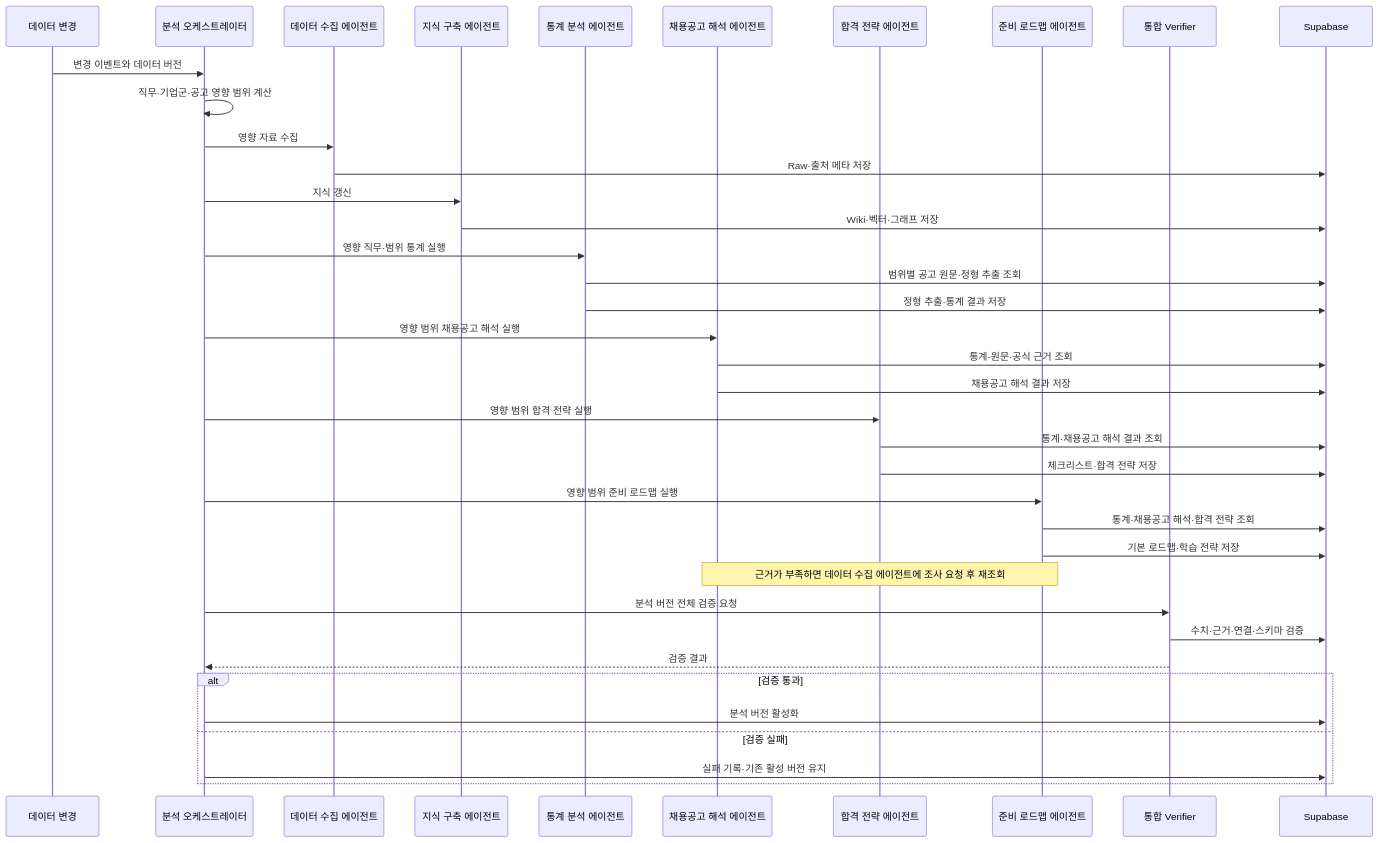
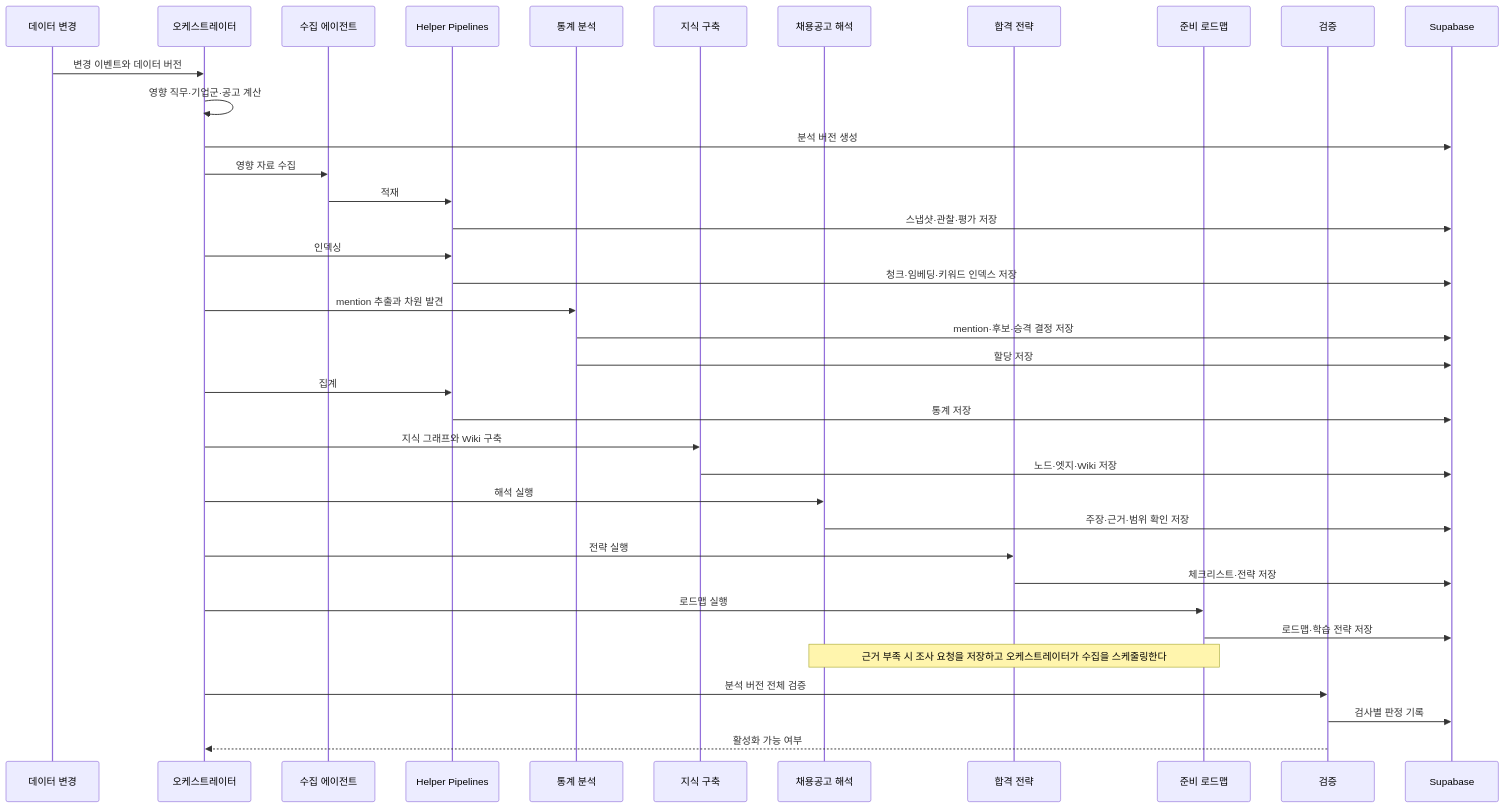
One commit to Mureung1/hub-showcase changed the second of 5 diagrams in docs/architecture.md. Above: the diagram before and after it, drawn with Mermaid. The commit also changed other lines of this file and 16 other files, not shown here.

Commit message:
docs: define knowledge schema, statistics model, and execution layers

````diff
--- a/docs/architecture.md
+++ b/docs/architecture.md
@@ -137,41 +228,40 @@
 ```mermaid
 sequenceDiagram
     participant Source as 데이터 변경
-    participant Orchestrator as 분석 오케스트레이터
-    participant Collector as 데이터 수집 에이전트
-    participant Knowledge as 지식 구축 에이전트
-    participant Statistics as 통계 분석 에이전트
-    participant Interpretation as 채용공고 해석 에이전트
-    participant Strategy as 합격 전략 에이전트
-    participant Roadmap as 준비 로드맵 에이전트
-    participant Verifier as 통합 Verifier
+    participant Orch as 오케스트레이터
+    participant Collector as 수집 에이전트
+    participant Pipe as Helper Pipelines
+    participant Stat as 통계 분석
+    participant Know as 지식 구축
+    participant Inter as 채용공고 해석
+    participant Strat as 합격 전략
+    participant Road as 준비 로드맵
+    participant Verify as 검증
     participant DB as Supabase
 
-    Source->>Orchestrator: 변경 이벤트와 데이터 버전
-    Orchestrator->>Orchestrator: 직무·기업군·공고 영향 범위 계산
-    Orchestrator->>Collector: 영향 자료 수집
-    Collector->>DB: Raw·출처 메타 저장
-    Orchestrator->>Knowledge: 지식 갱신
-    Knowledge->>DB: Wiki·벡터·그래프 저장
-    Orchestrator->>Statistics: 영향 직무·범위 통계 실행
-    Statistics->>DB: 범위별 공고 원문·정형 추출 조회
-    Statistics->>DB: 정형 추출·통계 결과 저장
-    Orchestrator->>Interpretation: 영향 범위 채용공고 해석 실행
-    Interpretation->>DB: 통계·원문·공식 근거 조회
-    Interpretation->>DB: 채용공고 해석 결과 저장
-    Orchestrator->>Strategy: 영향 범위 합격 전략 실행
-    Strategy->>DB: 통계·채용공고 해석 결과 조회
-    Strategy->>DB: 체크리스트·합격 전략 저장
-    Orchestrator->>Roadmap: 영향 범위 준비 로드맵 실행
-    Roadmap->>DB: 통계·채용공고 해석·합격 전략 조회
-    Roadmap->>DB: 기본 로드맵·학습 전략 저장
-    Note over Interpretation,Roadmap: 근거가 부족하면 데이터 수집 에이전트에 조사 요청 후 재조회
-    Orchestrator->>Verifier: 분석 버전 전체 검증 요청
-    Verifier->>DB: 수치·근거·연결·스키마 검증
-    Verifier-->>Orchestrator: 검증 결과
-    alt 검증 통과
-        Orchestrator->>DB: 분석 버전 활성화
-    else 검증 실패
-        Orchestrator->>DB: 실패 기록·기존 활성 버전 유지
-    end
+    Source->>Orch: 변경 이벤트와 데이터 버전
+    Orch->>Orch: 영향 직무·기업군·공고 계산
+    Orch->>DB: 분석 버전 생성
+    Orch->>Collector: 영향 자료 수집
+    Collector->>Pipe: 적재
+    Pipe->>DB: 스냅샷·관찰·평가 저장
+    Orch->>Pipe: 인덱싱
+    Pipe->>DB: 청크·임베딩·키워드 인덱스 저장
+    Orch->>Stat: mention 추출과 차원 발견
+    Stat->>DB: mention·후보·승격 결정 저장
+    Stat->>DB: 할당 저장
+    Orch->>Pipe: 집계
+    Pipe->>DB: 통계 저장
+    Orch->>Know: 지식 그래프와 Wiki 구축
+    Know->>DB: 노드·엣지·Wiki 저장
+    Orch->>Inter: 해석 실행
+    Inter->>DB: 주장·근거·범위 확인 저장
+    Orch->>Strat: 전략 실행
+    Strat->>DB: 체크리스트·전략 저장
+    Orch->>Road: 로드맵 실행
+    Road->>DB: 로드맵·학습 전략 저장
+    Note over Inter,Road: 근거 부족 시 조사 요청을 저장하고 오케스트레이터가 수집을 스케줄링한다
+    Orch->>Verify: 분석 버전 전체 검증
+    Verify->>DB: 검사별 판정 기록
+    Verify-->>Orch: 활성화 가능 여부
 ```
````
